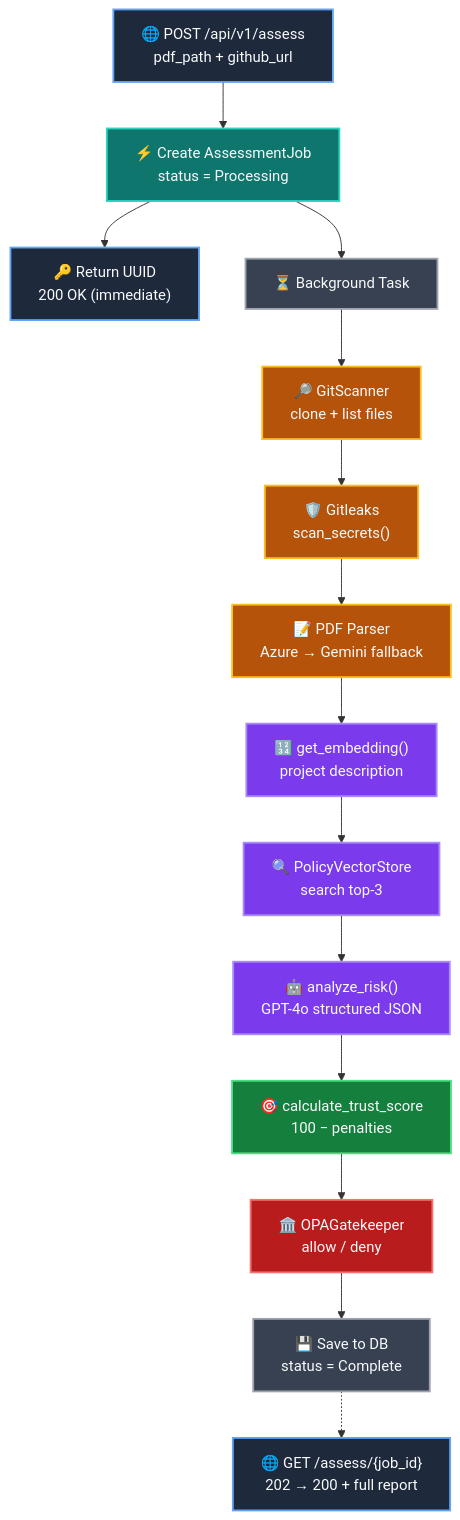
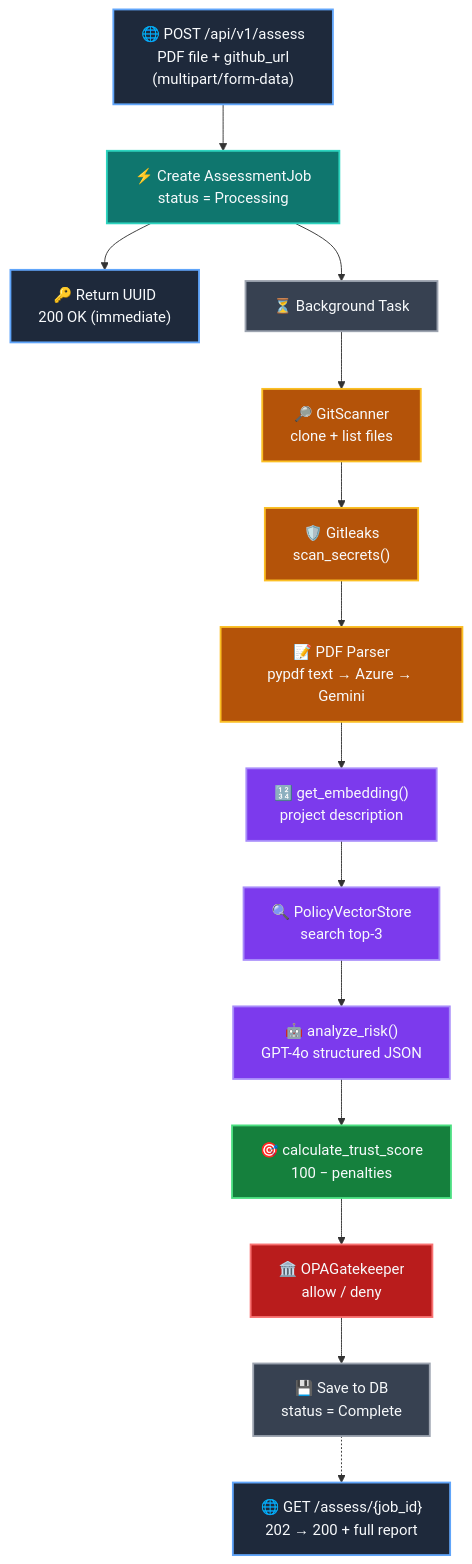
Before and after one commit to Nits02/aerae-accelerator: the fifth of 6 diagrams in README.md, drawn with Mermaid. The commit also changed other lines of this file and 5 other files, not shown here.

First line of the commit message:
fix: PDF upload & text-based parsing, update README

````diff
--- a/README.md
+++ b/README.md
@@ -223,35 +224,35 @@
 ```mermaid
 flowchart TD
     classDef clientStyle fill:#1e293b,stroke:#60a5fa,stroke-width:2px,color:#f8fafc
     classDef apiStyle fill:#0f766e,stroke:#2dd4bf,stroke-width:2px,color:#f8fafc
     classDef dbStyle fill:#374151,stroke:#9ca3af,stroke-width:2px,color:#f8fafc
     classDef ingestStyle fill:#b45309,stroke:#fbbf24,stroke-width:2px,color:#f8fafc
     classDef ragStyle fill:#7c3aed,stroke:#a78bfa,stroke-width:2px,color:#f8fafc
     classDef scoreStyle fill:#15803d,stroke:#4ade80,stroke-width:2px,color:#f8fafc
     classDef opaStyle fill:#b91c1c,stroke:#f87171,stroke-width:2px,color:#f8fafc
 
-    REQ["🌐 POST /api/v1/assess<br>pdf_path + github_url"]:::clientStyle
+    REQ["🌐 POST /api/v1/assess<br>PDF file + github_url<br>(multipart/form-data)"]:::clientStyle
     API["⚡ Create AssessmentJob<br>status = Processing"]:::apiStyle
     UUID["🔑 Return UUID<br>200 OK (immediate)"]:::clientStyle
     BG["⏳ Background Task"]:::dbStyle
 
     I1["🔎 GitScanner<br>clone + list files"]:::ingestStyle
     I2["🛡️ Gitleaks<br>scan_secrets()"]:::ingestStyle
-    I3["📝 PDF Parser<br>Azure → Gemini fallback"]:::ingestStyle
+    I3["📝 PDF Parser<br>pypdf text → Azure → Gemini"]:::ingestStyle
 
     R1["🔢 get_embedding()<br>project description"]:::ragStyle
     R2["🔍 PolicyVectorStore<br>search top-3"]:::ragStyle
     R3["🤖 analyze_risk()<br>GPT-4o structured JSON"]:::ragStyle
 
     SC["🎯 calculate_trust_score<br>100 − penalties"]:::scoreStyle
     OPA["🏛️ OPAGatekeeper<br>allow / deny"]:::opaStyle
     DB["💾 Save to DB<br>status = Complete"]:::dbStyle
     POLL["🌐 GET /assess/{job_id}<br>202 → 200 + full report"]:::clientStyle
 
     REQ --> API --> UUID
     API --> BG
     BG --> I1 --> I2 --> I3
     I3 --> R1 --> R2 --> R3
     R3 --> SC --> OPA --> DB
     DB -.-> POLL
 ```
````
